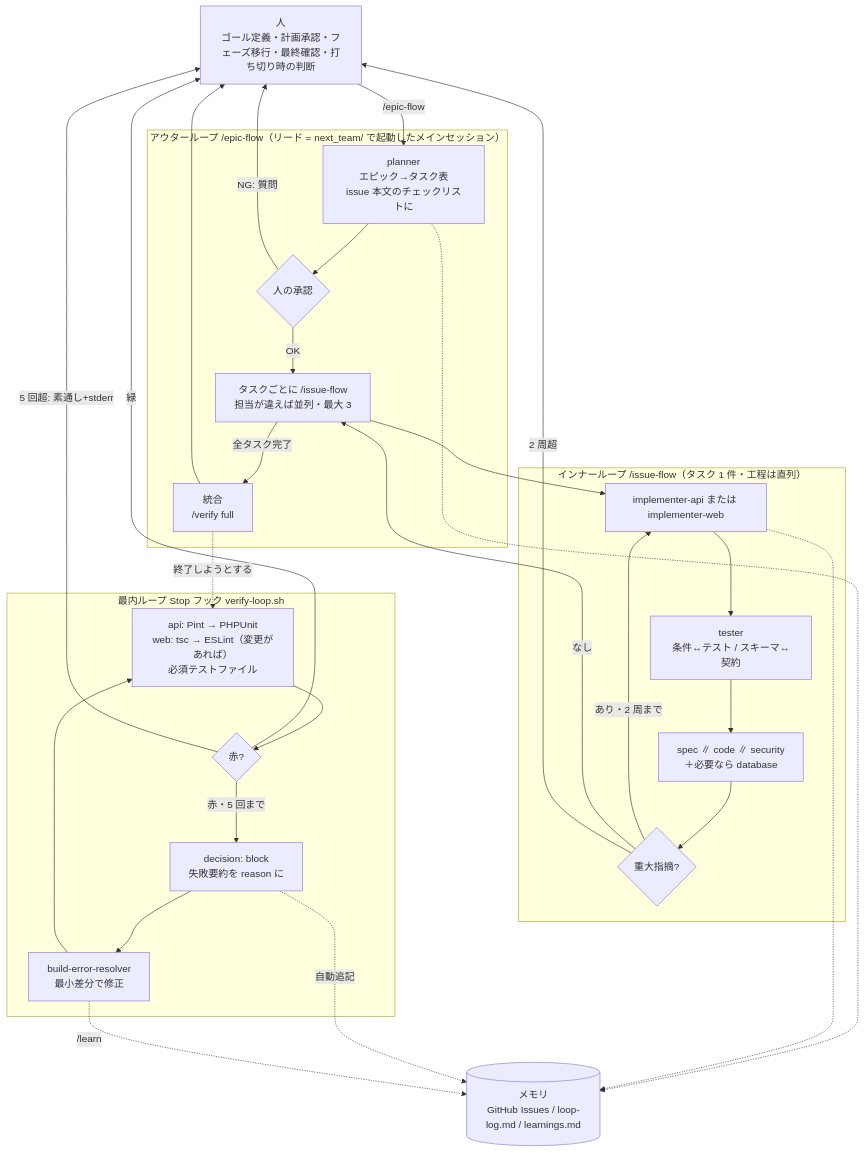
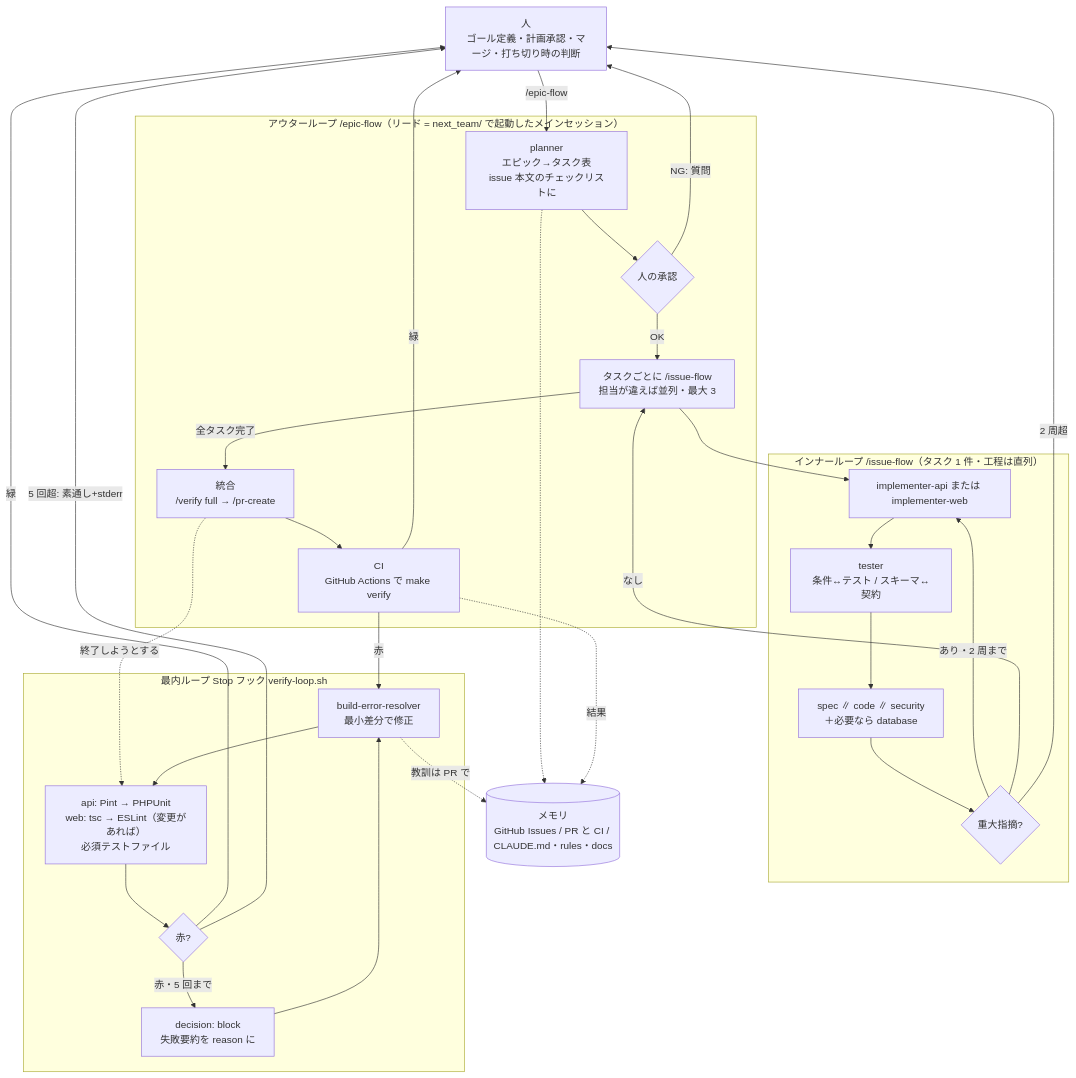
The first of 2 diagrams in docs/04_ループエンジニアリング.md (hata-junnosuke/next_team), drawn with Mermaid before and after one commit. The commit also changed other lines of this file and 17 other files, not shown here.

````diff
--- a/docs/04_ループエンジニアリング.md
+++ b/docs/04_ループエンジニアリング.md
@@ -58,39 +58,41 @@
 ```mermaid
 flowchart TB
-    H[人<br/>ゴール定義・計画承認・フェーズ移行・最終確認・打ち切り時の判断]
+    H[人<br/>ゴール定義・計画承認・マージ・打ち切り時の判断]
     subgraph OUTER["アウターループ /epic-flow（リード = next_team/ で起動したメインセッション）"]
         P[planner<br/>エピック→タスク表<br/>issue 本文のチェックリストに]
         A{人の承認}
         T[タスクごとに /issue-flow<br/>担当が違えば並列・最大 3]
-        M[統合<br/>/verify full]
+        M[統合<br/>/verify full → /pr-create]
+        CI[CI<br/>GitHub Actions で make verify]
     end
     subgraph INNER["インナーループ /issue-flow（タスク 1 件・工程は直列）"]
         I[implementer-api または implementer-web]
         TE[tester<br/>条件↔テスト / スキーマ↔契約]
         R[spec ∥ code ∥ security<br/>＋必要なら database]
         J{重大指摘?}
     end
     subgraph STOP["最内ループ Stop フック verify-loop.sh"]
         V[api: Pint → PHPUnit<br/>web: tsc → ESLint（変更があれば）<br/>必須テストファイル]
         B{赤?}
         C[decision: block<br/>失敗要約を reason に]
         F[build-error-resolver<br/>最小差分で修正]
     end
-    MEM[(メモリ<br/>GitHub Issues / loop-log.md / learnings.md)]
+    MEM[(メモリ<br/>GitHub Issues / PR と CI / CLAUDE.md・rules・docs)]
 
     H -->|/epic-flow| P --> A
     A -->|NG: 質問| H
     A -->|OK| T --> I --> TE --> R --> J
     J -->|あり・2 周まで| I
     J -->|なし| T
     J -->|2 周超| H
-    T -->|全タスク完了| M --> H
+    T -->|全タスク完了| M --> CI
+    CI -->|緑| H
+    CI -->|赤| F
     M -.->|終了しようとする| V --> B
     B -->|緑| H
     B -->|赤・5 回まで| C --> F --> V
     B -->|5 回超: 素通し+stderr| H
     P -.-> MEM
-    I -.-> MEM
-    C -.->|自動追記| MEM
-    F -.->|/learn| MEM
+    CI -.->|結果| MEM
+    F -.->|教訓は PR で| MEM
 ```
````
